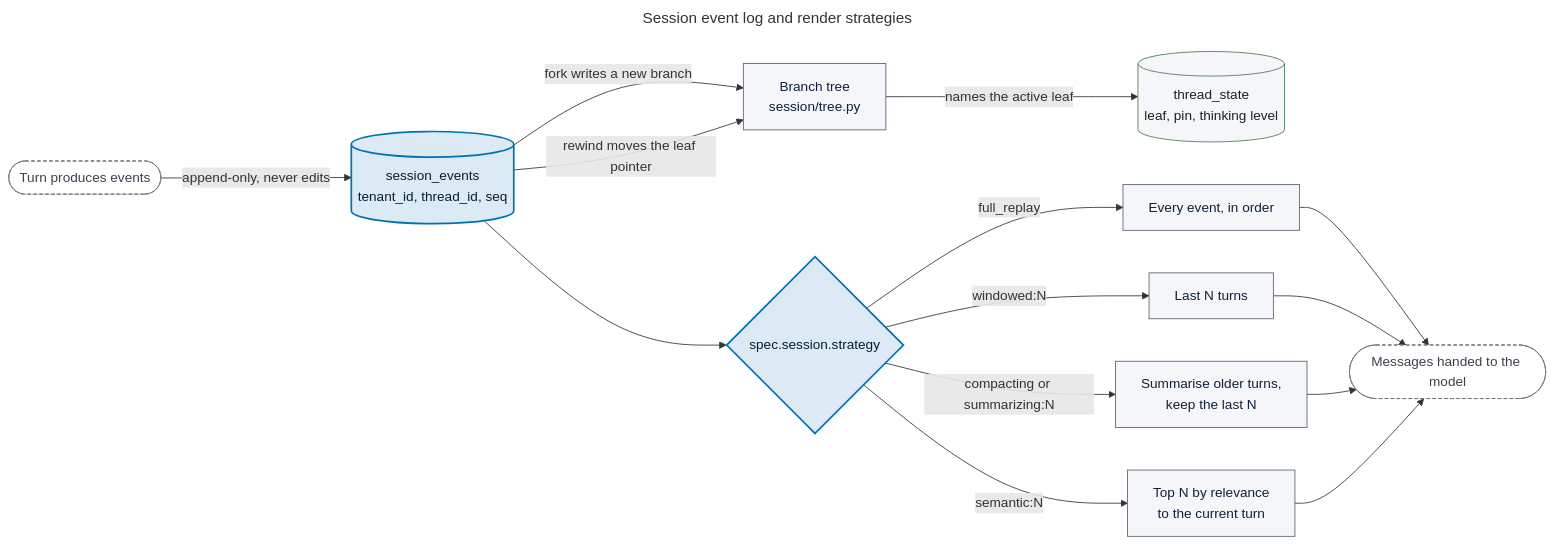
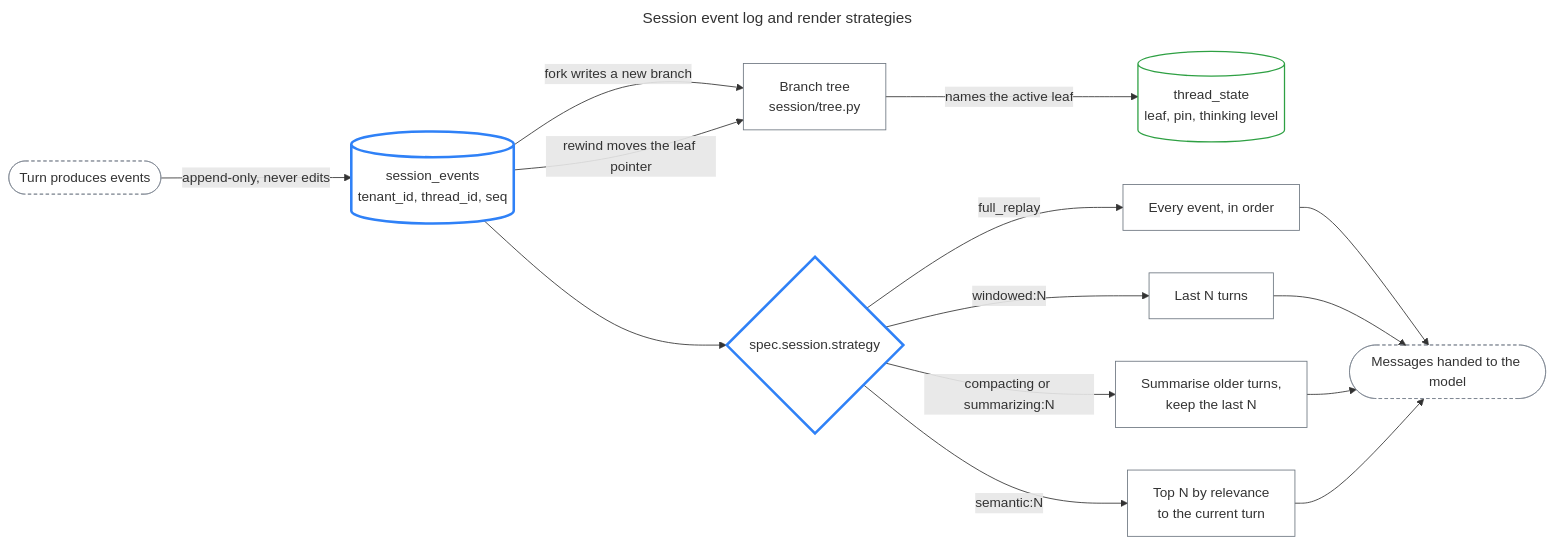
One commit to felix-run/felix changed the diagram in docs/diagrams/session-state.mmd. Above: the diagram before and after it, drawn with Mermaid. The commit also changed 11 other files, not shown here.

```diff
--- a/docs/diagrams/session-state.mmd
+++ b/docs/diagrams/session-state.mmd
@@ -1,36 +1,36 @@
 ---
 title: Session event log and render strategies
 ---
 %% Source of truth: packages/harness/src/felix/session/store.py and
 %% session/strategies.py:get_session_strategy
 flowchart LR
     accTitle: How chat state is stored and how it is turned back into messages
     accDescr: Chat state is an append-only event log keyed by tenant and thread, never a mutable message array. Every user message, assistant reply, tool result and steering message is appended; nothing is edited in place. What the model sees is produced at read time by a session strategy named in spec.session.strategy, and swapping the strategy changes only the render, never the log. Fork and rewind write new branches rather than deleting events, which is what makes them safe. A memory:// database URL swaps the Postgres store for an in-memory twin with the same contract, and the conformance suite runs both arms against one set of assertions.
 
     turn([Turn produces events]) -->|"append-only, never edits"| log[("session_events<br/>tenant_id, thread_id, seq")]
 
     log -->|"fork writes a new branch"| tree["Branch tree<br/>session/tree.py"]
     log -->|"rewind moves the leaf pointer"| tree
     tree -->|"names the active leaf"| state[("thread_state<br/>leaf, pin, thinking level")]
 
     log --> strat{"spec.session.strategy"}
     strat -->|"full_replay"| replay["Every event, in order"]
     strat -->|"windowed:N"| win["Last N turns"]
     strat -->|"compacting or summarizing:N"| comp["Summarise older turns,<br/>keep the last N"]
     strat -->|"semantic:N"| sem["Top N by relevance<br/>to the current turn"]
 
     replay --> msgs(["Messages handed to the model"])
     win --> msgs
     comp --> msgs
     sem --> msgs
 
     class log focal
     class strat focal
     class turn,msgs external
     class tree,replay,win,comp,sem primary
     class state store
 
-    classDef focal    fill:#dbeaf5,stroke:#0072B2,stroke-width:2px,color:#062033
-    classDef primary  fill:#f4f6f9,stroke:#5a6272,stroke-width:1px,color:#10203a
-    classDef external fill:#ffffff,stroke:#767676,stroke-width:1px,stroke-dasharray:4 3,color:#3b414d
-    classDef store    fill:#f4f6f9,stroke:#4a7a52,stroke-width:1px,color:#14261a
+    classDef focal    fill:none,stroke:#2F81F7,stroke-width:3px
+    classDef primary  fill:none,stroke:#6e7781,stroke-width:1px
+    classDef external fill:none,stroke:#7d8590,stroke-width:1px,stroke-dasharray:4 3
+    classDef store    fill:none,stroke:#2EA043,stroke-width:1.5px
```
